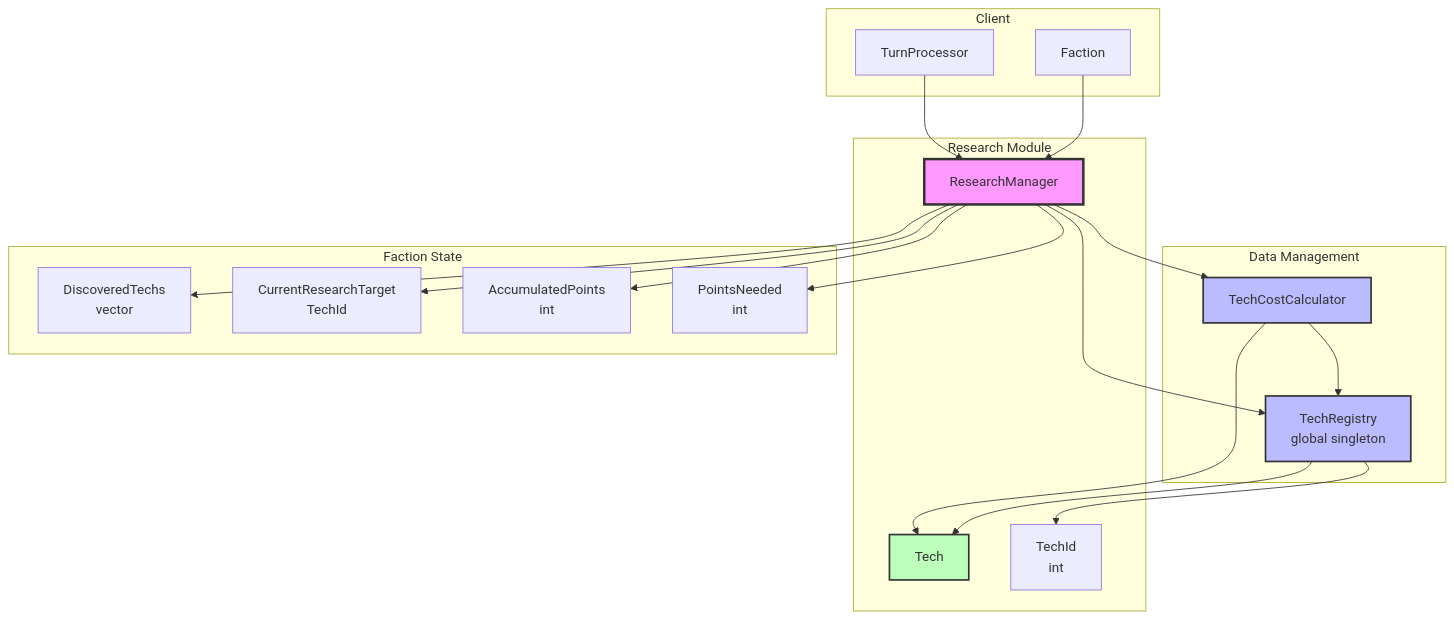
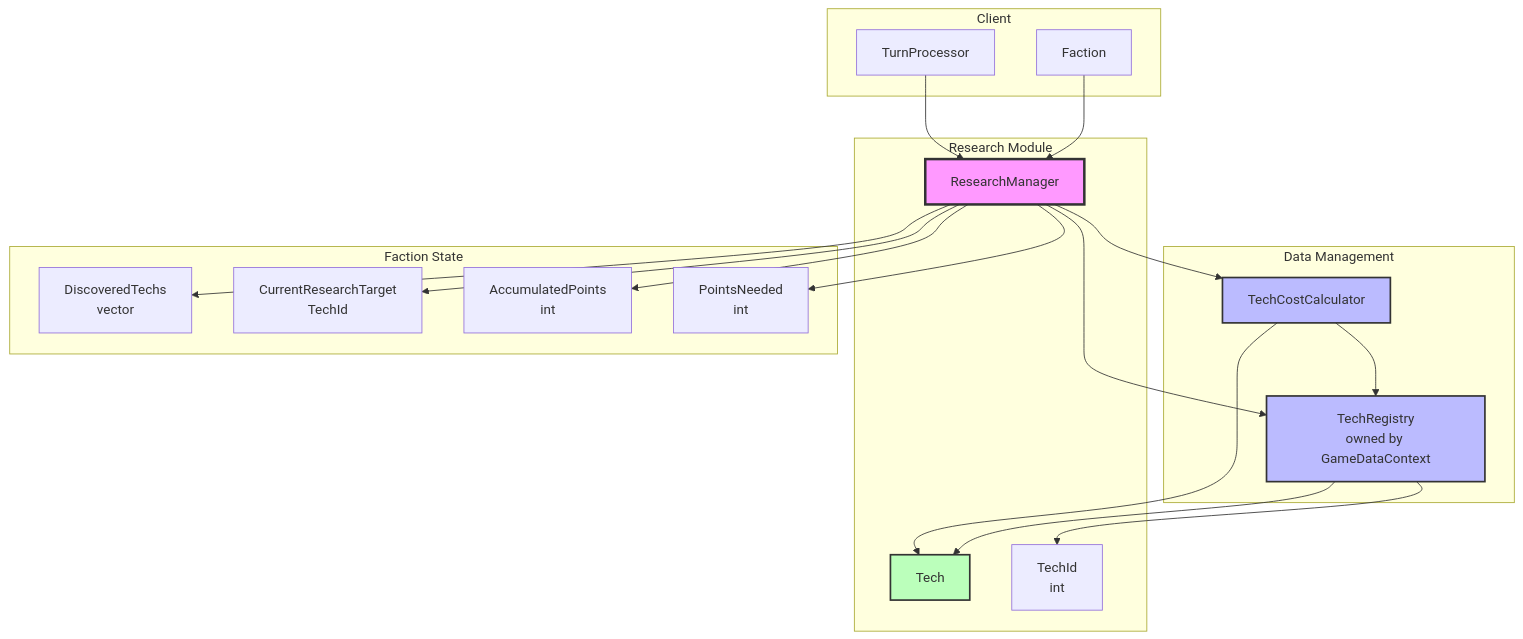
Before and after one commit to kilianloftis/alpha-centauri: the diagram in docs/architecture/research-system.md, drawn with Mermaid. The commit also changed 5 other files, not shown here.

First line of the commit message:
Review Package 16 A — architecture docs match the live graph

````diff
--- a/docs/architecture/research-system.md
+++ b/docs/architecture/research-system.md
@@ -3,45 +3,45 @@
 ```mermaid
 graph TB
     subgraph "Research Module"
         ResearchManager[ResearchManager]
         Tech[Tech]
         TechId[TechId<br/>int]
     end
 
     subgraph "Data Management"
-        TechRegistry[TechRegistry<br/>global singleton]
+        TechRegistry[TechRegistry<br/>owned by GameDataContext]
         TechCostCalculator[TechCostCalculator]
     end
 
     subgraph "Faction State"
         DiscoveredTechs[DiscoveredTechs<br/>vector<TechId>]
         CurrentTarget[CurrentResearchTarget<br/>TechId]
         AccumulatedPoints[AccumulatedPoints<br/>int]
         PointsNeeded[PointsNeeded<br/>int]
     end
 
     subgraph "Client"
         Faction[Faction]
         TurnProcessor[TurnProcessor]
     end
 
     ResearchManager --> TechRegistry
     ResearchManager --> TechCostCalculator
     ResearchManager --> DiscoveredTechs
     ResearchManager --> CurrentTarget
     ResearchManager --> AccumulatedPoints
     ResearchManager --> PointsNeeded
 
     TechRegistry --> Tech
     TechRegistry --> TechId
     TechCostCalculator --> TechRegistry
     TechCostCalculator --> Tech
 
     Faction --> ResearchManager
     TurnProcessor --> ResearchManager
 
     style ResearchManager fill:#f9f,stroke:#333,stroke-width:3px
     style TechRegistry fill:#bbf,stroke:#333,stroke-width:2px
     style TechCostCalculator fill:#bbf,stroke:#333,stroke-width:2px
     style Tech fill:#bfb,stroke:#333,stroke-width:2px
 ```
````
